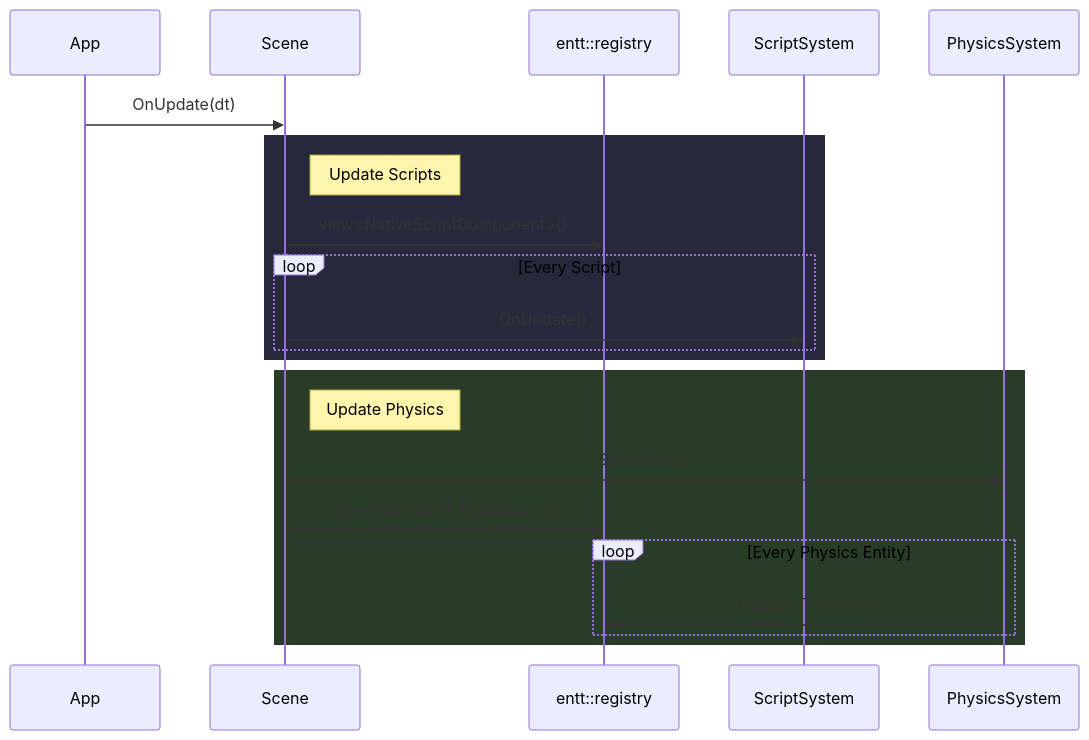
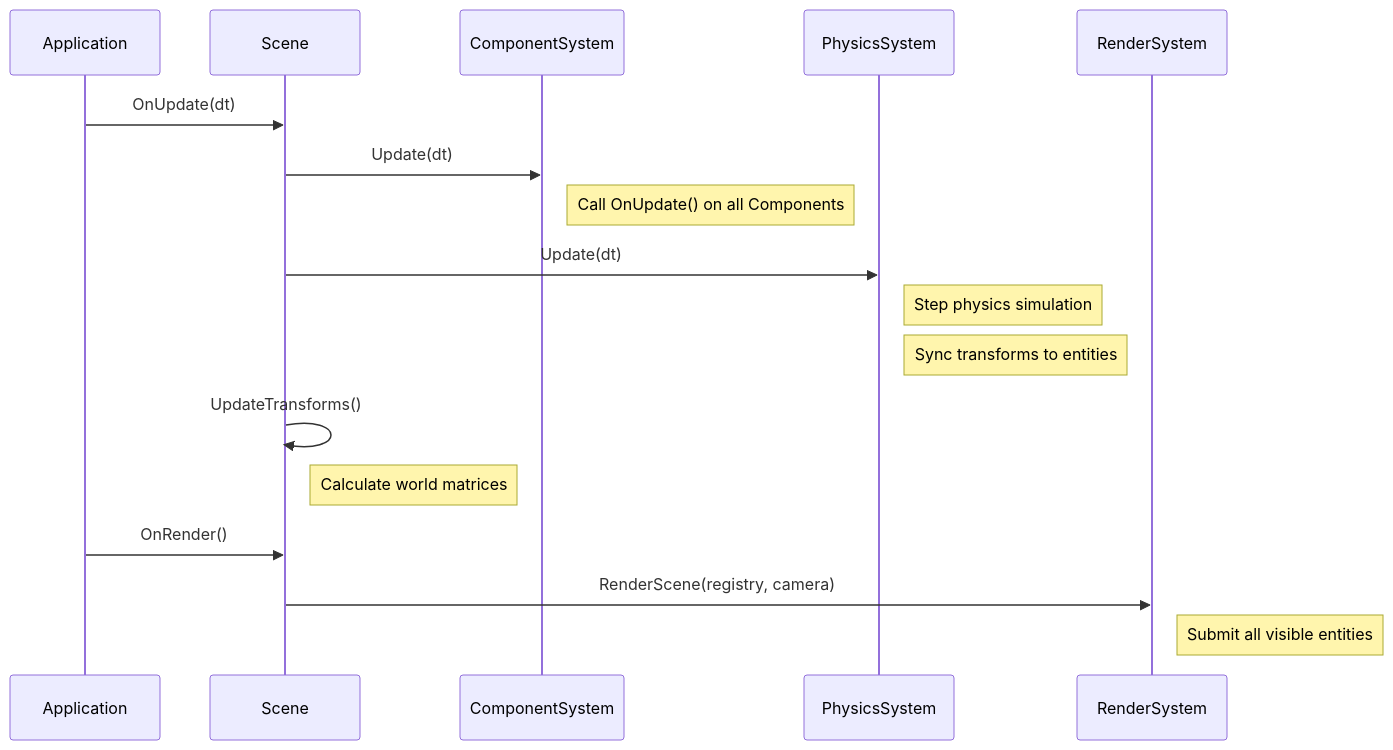
The seventh of 13 diagrams in docs/Architecture.md (lucas85235/Monster-Engine), drawn with Mermaid before and after one commit. The commit also changed other lines of this file and 31 other files, not shown here.

````diff
--- a/docs/Architecture.md
+++ b/docs/Architecture.md
@@ -232,27 +383,24 @@
 ```mermaid
 sequenceDiagram
-    participant App
+    participant App as Application
     participant Scene
-    participant Registry as entt::registry
-    participant ScriptSystem
-    participant PhysicsSystem
+    participant CS as ComponentSystem
+    participant PHY as PhysicsSystem
+    participant RS as RenderSystem
 
     App->>Scene: OnUpdate(dt)
     
-    rect rgb(40, 40, 60)
-        Note right of Scene: Update Scripts
-        Scene->>Registry: view<NativeScriptComponent>()
-        loop Every Script
-            Scene->>ScriptSystem: OnUpdate()
-        end
-    end
+    Scene->>CS: Update(dt)
+    Note right of CS: Call OnUpdate() on all Components
     
-    rect rgb(40, 60, 40)
-        Note right of Scene: Update Physics
-        Scene->>PhysicsSystem: Simulate(dt)
-        Scene->>Registry: view<Transform, Rigidbody>()
-        loop Every Physics Entity
-            PhysicsSystem->>Registry: Update Transform
-        end
-    end
+    Scene->>PHY: Update(dt)
+    Note right of PHY: Step physics simulation
+    Note right of PHY: Sync transforms to entities
+    
+    Scene->>Scene: UpdateTransforms()
+    Note right of Scene: Calculate world matrices
+    
+    App->>Scene: OnRender()
+    Scene->>RS: RenderScene(registry, camera)
+    Note right of RS: Submit all visible entities
 ```
````
